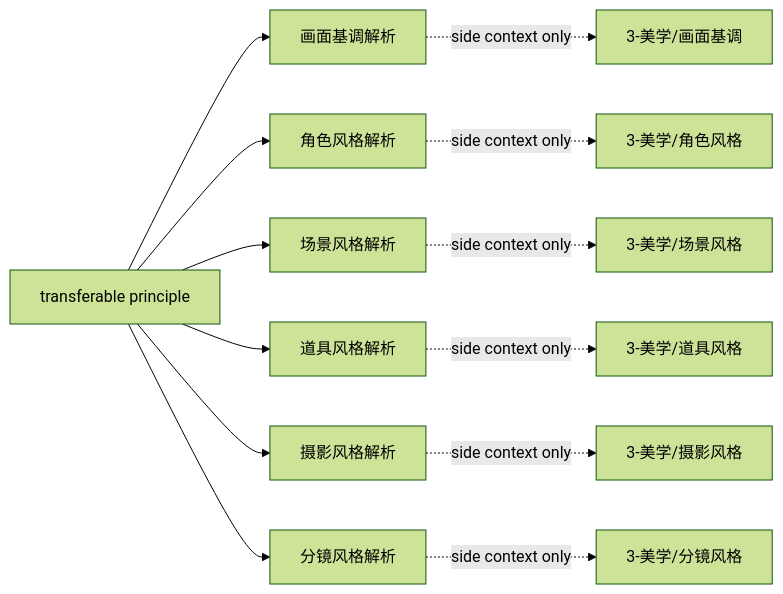
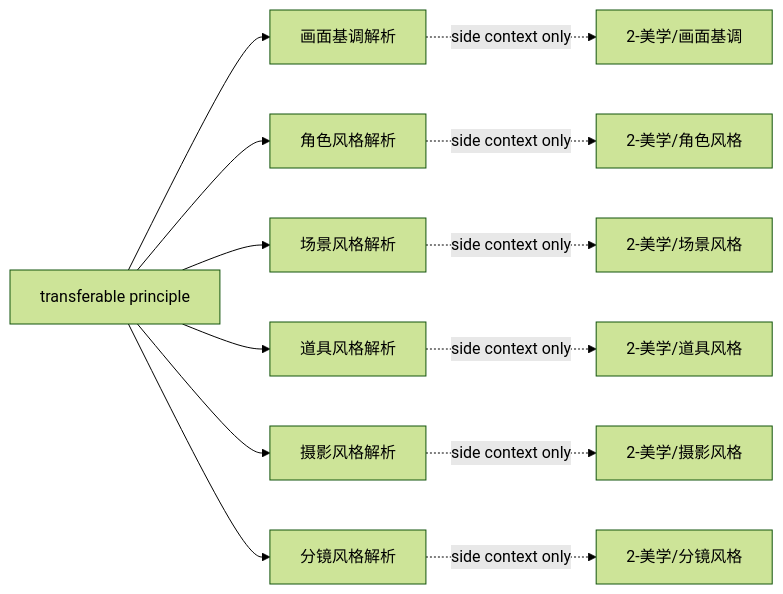
The second of 2 diagrams in .agents/skills/aigc/shot-by-shot/SKILL.md (ZEN-VOID/AI-CUT), drawn with Mermaid (forest theme) before and after one commit. The commit also changed other lines of this file and 1012 other files, not shown here.

````diff
--- a/.agents/skills/aigc/shot-by-shot/SKILL.md
+++ b/.agents/skills/aigc/shot-by-shot/SKILL.md
@@ -164,15 +164,15 @@
 ```mermaid
 flowchart LR
     P["transferable principle"] --> T["画面基调解析"]
     P --> C["角色风格解析"]
     P --> S["场景风格解析"]
     P --> O["道具风格解析"]
     P --> M["摄影风格解析"]
     P --> B["分镜风格解析"]
-    T -. "side context only" .-> T2["3-美学/画面基调"]
-    C -. "side context only" .-> C2["3-美学/角色风格"]
-    S -. "side context only" .-> S2["3-美学/场景风格"]
-    O -. "side context only" .-> O2["3-美学/道具风格"]
-    M -. "side context only" .-> M2["3-美学/摄影风格"]
-    B -. "side context only" .-> B2["3-美学/分镜风格"]
+    T -. "side context only" .-> T2["2-美学/画面基调"]
+    C -. "side context only" .-> C2["2-美学/角色风格"]
+    S -. "side context only" .-> S2["2-美学/场景风格"]
+    O -. "side context only" .-> O2["2-美学/道具风格"]
+    M -. "side context only" .-> M2["2-美学/摄影风格"]
+    B -. "side context only" .-> B2["2-美学/分镜风格"]
 ```
````
